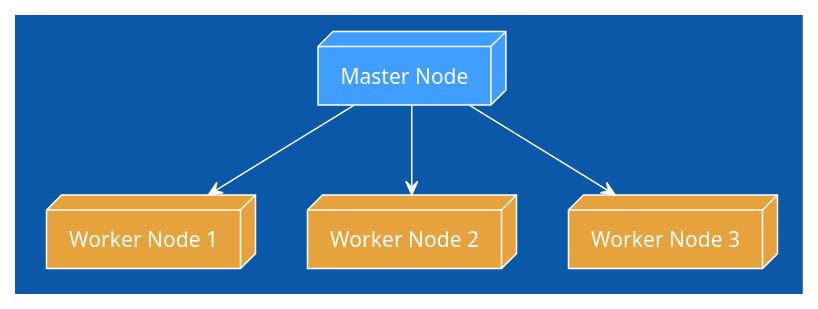
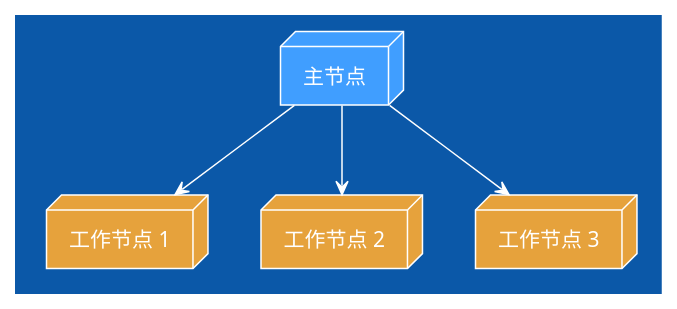
Before and after one commit to crawlab-team/crawlab-docs: the diagram in docs/zh/guide/use-crawlab/basic-concepts/node.md, drawn with PlantUML. The commit also changed other lines of this file and 1 other file, not shown here.

```diff
--- a/docs/zh/guide/use-crawlab/basic-concepts/node.md
+++ b/docs/zh/guide/use-crawlab/basic-concepts/node.md
@@ -27,12 +31,12 @@
 @startuml
 !theme amiga
 
-node #409eff "Master Node" as mn
-node #e6a23c "Worker Node 1" as wn1
-node #e6a23c "Worker Node 2" as wn2
-node #e6a23c "Worker Node 3" as wn3
+node #409eff "主节点" as mn
+node #e6a23c "工作节点 1" as wn1
+node #e6a23c "工作节点 2" as wn2
+node #e6a23c "工作节点 3" as wn3
 
 mn -down->wn1
 mn -down->wn2
 mn -down->wn3
 @enduml
```
